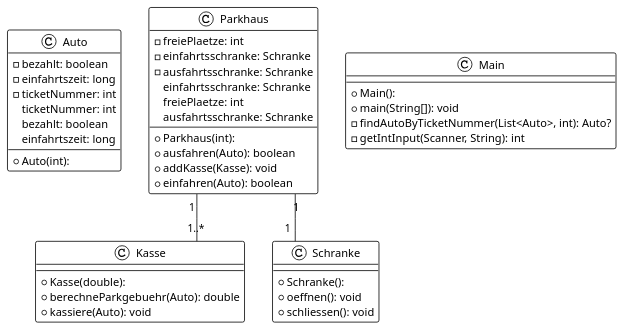
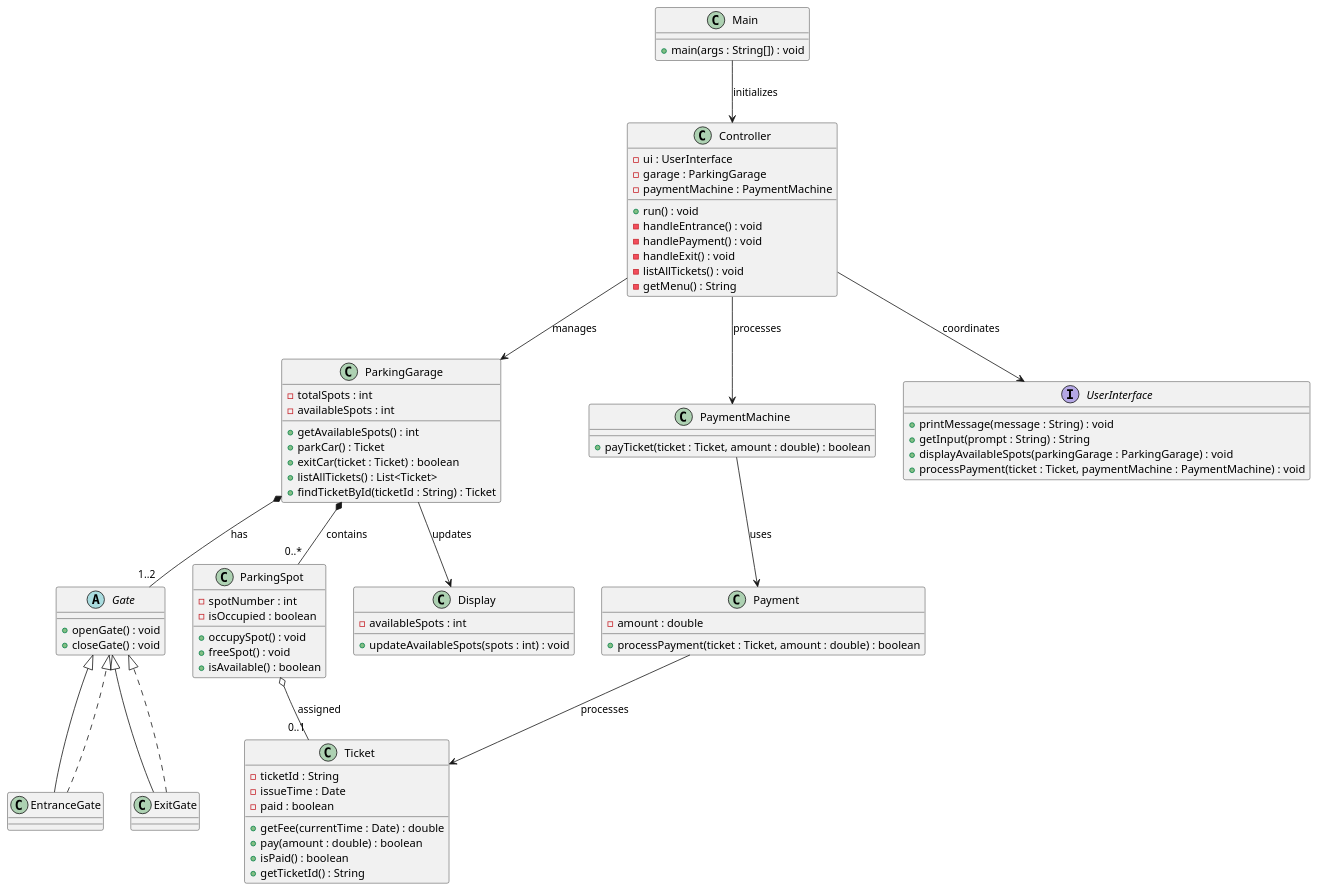
The diagram in uml/package.plantuml (LynnDelpy/ParkFlow), drawn with PlantUML before and after one commit. The commit also changed 34 other files, not shown here.

```diff
--- a/uml/package.plantuml
+++ b/uml/package.plantuml
@@ -1,47 +1,92 @@
 @startuml
-
-!theme plain
-top to bottom direction
-skinparam linetype ortho
-
-class Auto {
-  + Auto(int): 
-  - bezahlt: boolean
-  - einfahrtszeit: long
-  - ticketNummer: int
-   ticketNummer: int
-   bezahlt: boolean
-   einfahrtszeit: long
-}
-class Kasse {
-  + Kasse(double): 
-  + berechneParkgebuehr(Auto): double
-  + kassiere(Auto): void
-}
-class Main {
-  + Main(): 
-  + main(String[]): void
-  - findAutoByTicketNummer(List<Auto>, int): Auto?
-  - getIntInput(Scanner, String): int
-}
-class Parkhaus {
-  + Parkhaus(int): 
-  - freiePlaetze: int
-  - einfahrtsschranke: Schranke
-  - ausfahrtsschranke: Schranke
-  + ausfahren(Auto): boolean
-  + addKasse(Kasse): void
-  + einfahren(Auto): boolean
-   einfahrtsschranke: Schranke
-   freiePlaetze: int
-   ausfahrtsschranke: Schranke
-}
-class Schranke {
-  + Schranke(): 
-  + oeffnen(): void
-  + schliessen(): void
+abstract class Gate {
+    + openGate() : void
+    + closeGate() : void
 }
 
-Parkhaus "1" -- "1..*" Kasse
-Parkhaus "1" -- "1" Schranke
+class EntranceGate extends Gate {
+}
+
+class ExitGate extends Gate {
+}
+
+class ParkingGarage {
+    - totalSpots : int
+    - availableSpots : int
+    + getAvailableSpots() : int
+    + parkCar() : Ticket
+    + exitCar(ticket : Ticket) : boolean
+    + listAllTickets() : List<Ticket>
+    + findTicketById(ticketId : String) : Ticket
+}
+
+class ParkingSpot {
+    - spotNumber : int
+    - isOccupied : boolean
+    + occupySpot() : void
+    + freeSpot() : void
+    + isAvailable() : boolean
+}
+
+class Ticket {
+    - ticketId : String
+    - issueTime : Date
+    - paid : boolean
+    + getFee(currentTime : Date) : double
+    + pay(amount : double) : boolean
+    + isPaid() : boolean
+    + getTicketId() : String
+}
+
+class Payment {
+    - amount : double
+    + processPayment(ticket : Ticket, amount : double) : boolean
+}
+
+class PaymentMachine {
+    + payTicket(ticket : Ticket, amount : double) : boolean
+}
+
+class Display {
+    - availableSpots : int
+    + updateAvailableSpots(spots : int) : void
+}
+
+interface UserInterface {
+    + printMessage(message : String) : void
+    + getInput(prompt : String) : String
+    + displayAvailableSpots(parkingGarage : ParkingGarage) : void
+    + processPayment(ticket : Ticket, paymentMachine : PaymentMachine) : void
+}
+
+class Main {
+    + main(args : String[]) : void
+}
+
+class Controller {
+    - ui : UserInterface
+    - garage : ParkingGarage
+    - paymentMachine : PaymentMachine
+    + run() : void
+    - handleEntrance() : void
+    - handlePayment() : void
+    - handleExit() : void
+    - listAllTickets() : void
+    - getMenu() : String
+}
+
+' Associations
+Main --> Controller : initializes
+Controller --> UserInterface : coordinates
+Controller --> ParkingGarage : manages
+Controller --> PaymentMachine : processes
+ParkingGarage --> Display : updates
+ParkingGarage *-- "0..*" ParkingSpot : contains
+ParkingGarage *-- "1..2" Gate : has
+ParkingSpot o-- "0..1" Ticket : assigned
+PaymentMachine --> Payment : uses
+Payment --> Ticket : processes
+ExitGate ..|> Gate
+EntranceGate ..|> Gate
+
 @enduml
```
